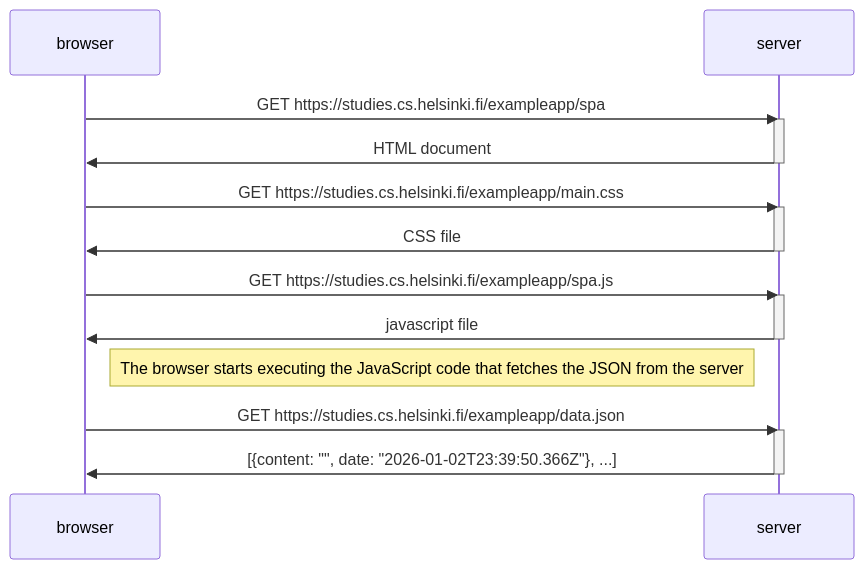
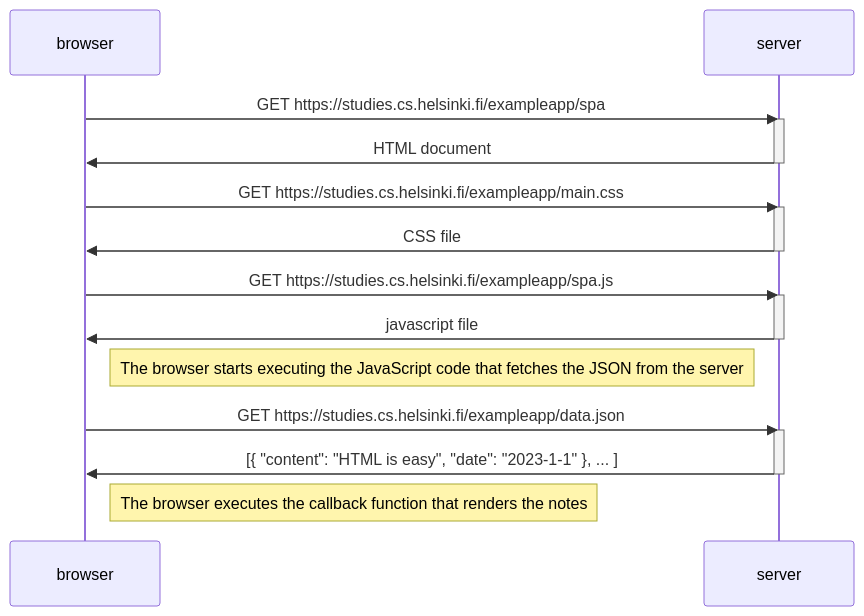
Before and after one commit to Voler07/fullstackopen: the diagram in part0/exercise05.md, drawn with Mermaid. The commit also changed 1 other file, not shown here.

Commit message:
finish part0

````diff
--- a/part0/exercise05.md
+++ b/part0/exercise05.md
@@ -1,27 +1,29 @@
 ```mermaid
 sequenceDiagram
     participant browser
     participant server
 
     browser->>server: GET https://studies.cs.helsinki.fi/exampleapp/spa
     activate server
     server->>browser: HTML document
     deactivate server
 
     browser->>server: GET https://studies.cs.helsinki.fi/exampleapp/main.css
     activate server
     server->>browser: CSS file
     deactivate server
 
     browser->>server: GET https://studies.cs.helsinki.fi/exampleapp/spa.js
     activate server
     server->>browser: javascript file
     deactivate server
 
     Note right of browser: The browser starts executing the JavaScript code that fetches the JSON from the server
     
     browser->>server: GET https://studies.cs.helsinki.fi/exampleapp/data.json
     activate server
-    server->>browser: [{content: "", date: "2026-01-02T23:39:50.366Z"}, ...]
-    deactivate server 
+    server->>browser: [{ "content": "HTML is easy", "date": "2023-1-1" }, ... ]
+    deactivate server
+
+    Note right of browser: The browser executes the callback function that renders the notes 
 ```
````
